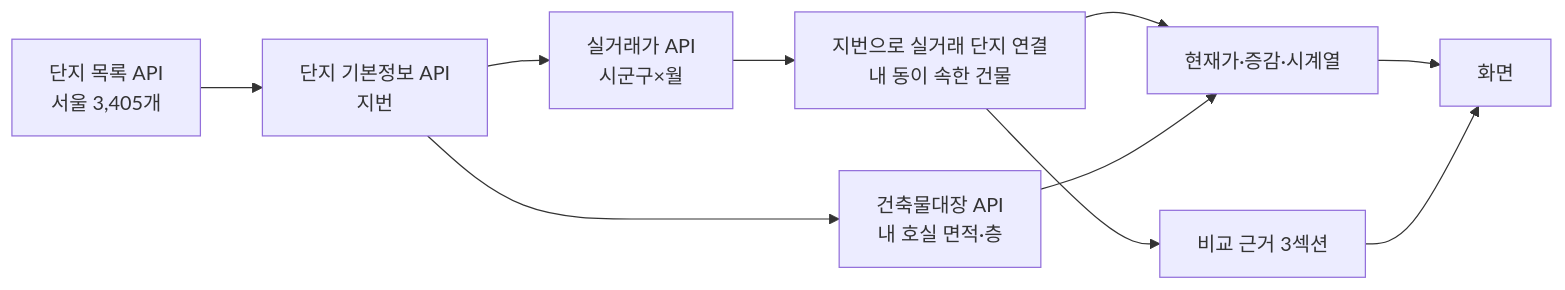
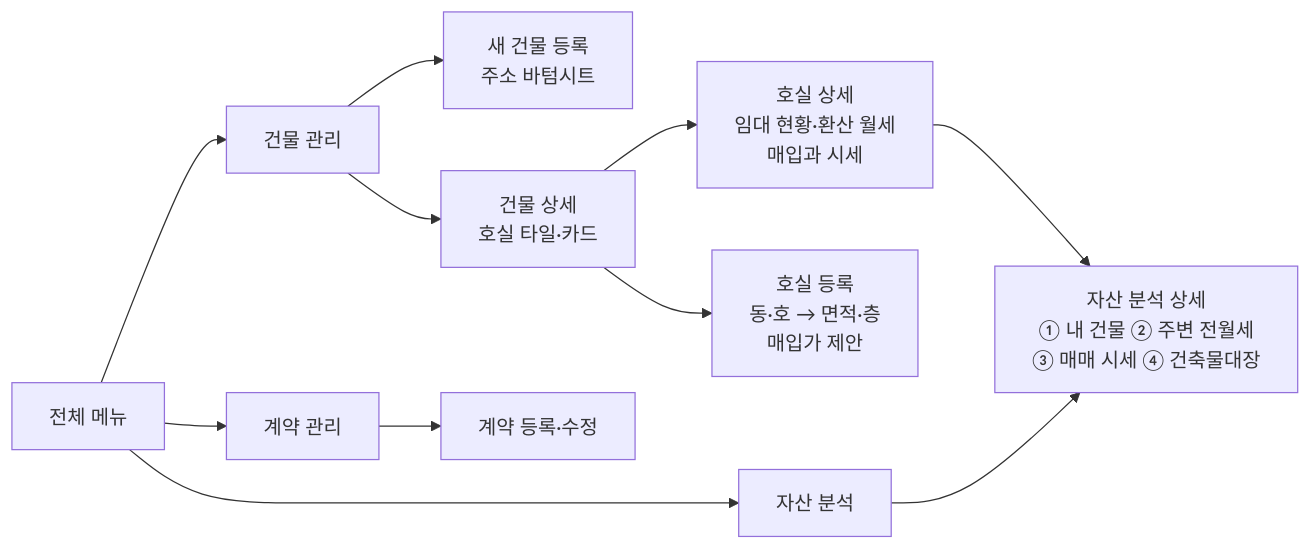
The diagram in docs/development-completion-report.md (kireal1017/butler-asset-dashboard-poc), drawn with Mermaid before and after one commit. The commit also changed other lines of this file and 63 other files, not shown here.

````diff
--- a/docs/development-completion-report.md
+++ b/docs/development-completion-report.md
@@ -43,12 +33,13 @@
 ```mermaid
 flowchart LR
-  A[단지 목록 API<br/>서울 3,405개] --> B[단지 기본정보 API<br/>지번]
-  B --> C[실거래가 API<br/>시군구×월]
-  C --> D[지번으로 실거래 단지 연결<br/>내 동이 속한 건물]
-  B --> E[건축물대장 API<br/>내 호실 면적·층]
-  D --> F[현재가·증감·시계열]
-  E --> F
-  D --> G[비교 근거 3섹션]
-  F --> H[화면]
-  G --> H
+  M[전체 메뉴] --> B[건물 관리]
+  M --> A[자산 분석]
+  M --> L[계약 관리]
+  B --> BN[새 건물 등록<br/>주소 바텀시트]
+  B --> BD[건물 상세<br/>호실 타일·카드]
+  BD --> UN[호실 등록<br/>동·호 → 면적·층<br/>매입가 제안]
+  BD --> UD[호실 상세<br/>임대 현황·환산 월세<br/>매입과 시세]
+  UD --> AD
+  A --> AD[자산 분석 상세<br/>① 내 건물 ② 주변 전월세<br/>③ 매매 시세 ④ 건축물대장]
+  L --> LF[계약 등록·수정]
 ```
````
